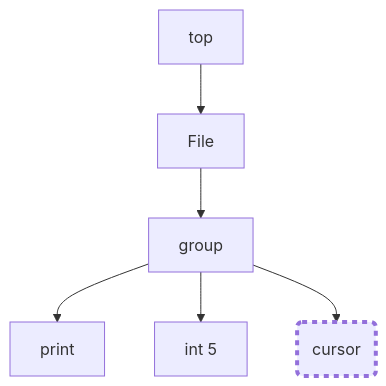
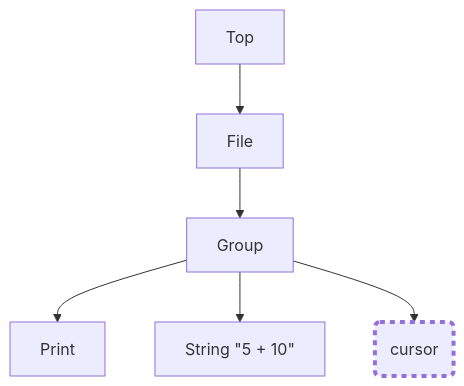
Before and after one commit to microsoft/Trieste: the fifth of 27 diagrams in samples/infix/README.md, drawn with Mermaid. The commit also changed other lines of this file and 1 other file, not shown here.

````diff
--- a/samples/infix/README.md
+++ b/samples/infix/README.md
@@ -273,9 +309,9 @@
 ``` mermaid
 graph TD;
-  A[top]-->B[File]
-  B-->C[group]
-  C-->D[print]
-  C-->E[int 5]
+  A[Top]-->B[File]
+  B-->C[Group]
+  C-->D[Print]
+  C-->E["String #quot;5 + 10#quot;"]
   C-->F(cursor):::cursor
   classDef cursor stroke-width:4px,stroke-dasharray:5 5;
 ```
````
